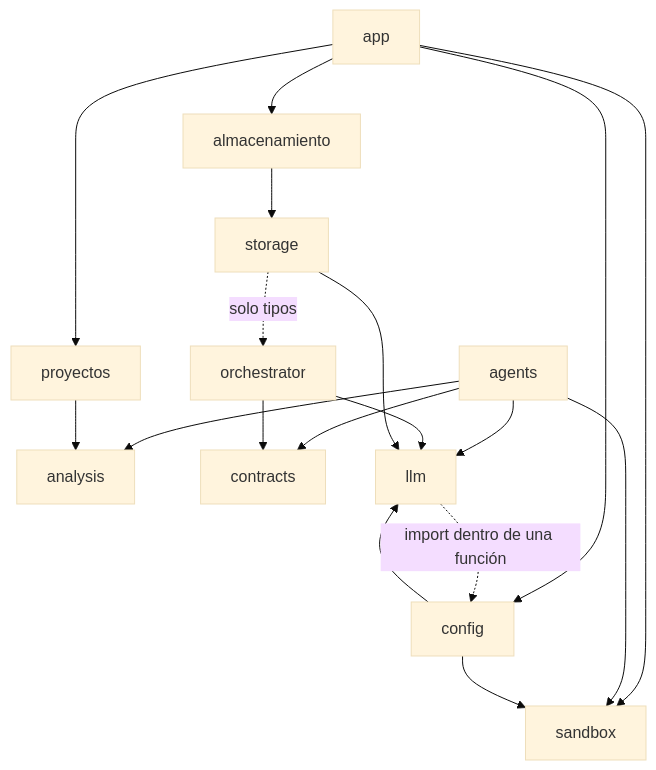
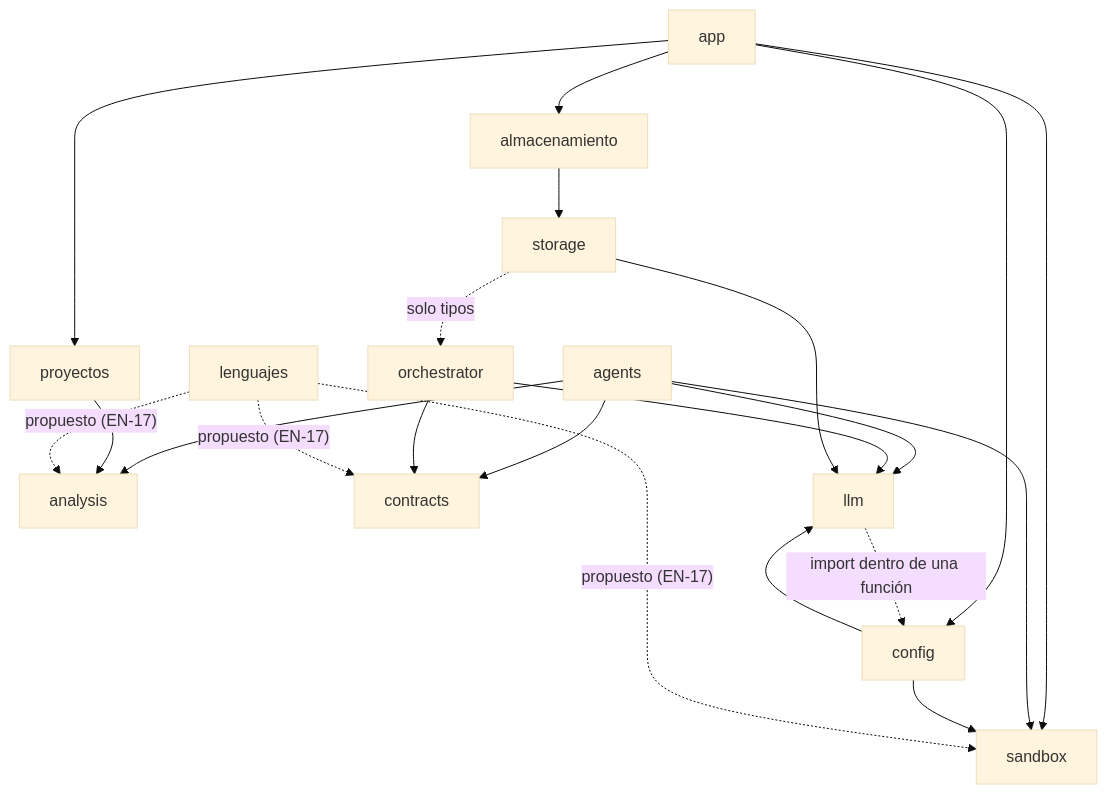
Before and after one commit to AngelOncoy/QAgent: the fifth of 12 diagrams in docs/arquitectura.md, drawn with Mermaid (base theme). The commit also changed other lines of this file, not shown here.

````diff
--- a/docs/arquitectura.md
+++ b/docs/arquitectura.md
@@ -338,12 +376,13 @@
 ```mermaid
 flowchart TB
     app --> almacenamiento & config & proyectos & sandbox
     agents --> analysis & contracts & llm & sandbox
     orchestrator --> contracts & llm
     almacenamiento --> storage
     storage --> llm
     storage -. "solo tipos" .-> orchestrator
     proyectos --> analysis
     config --> llm & sandbox
     llm -. "import dentro de una función" .-> config
+    lenguajes -. "propuesto (EN-17)" .-> analysis & contracts & sandbox
 ```
````
